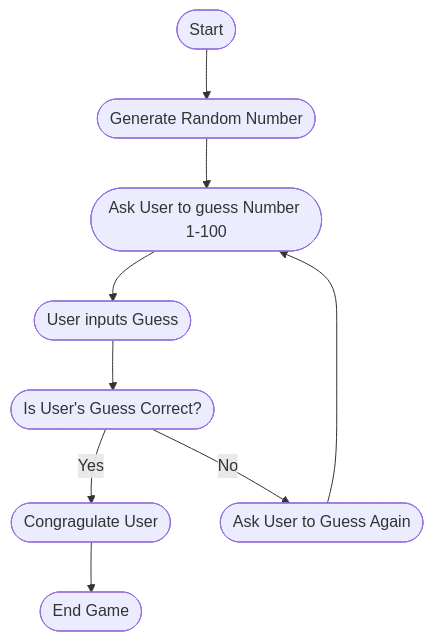
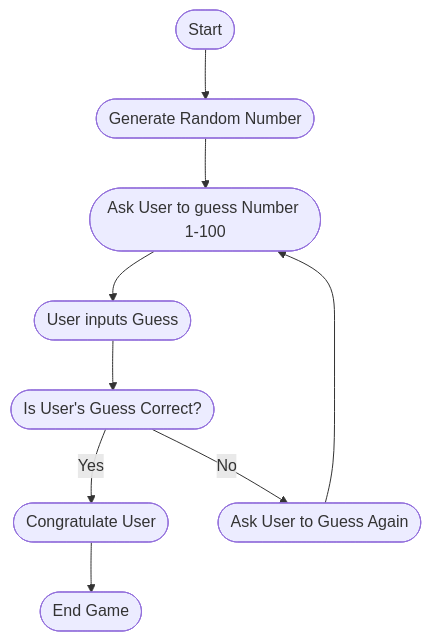
One commit to Phz6/Phz6.github.io changed the diagram in Guessing.md. Above: the diagram before and after it, drawn with Mermaid.

````diff
--- a/Guessing.md
+++ b/Guessing.md
@@ -1,11 +1,11 @@
 ```mermaid
 flowchart TD
 Start([Start]) --> B([Generate Random Number])
 B --> C([Ask User to guess Number 1-100])
 C --> D([User inputs Guess])
 D --> E([Is User's Guess Correct?])
-E -- Yes --> F([Congragulate User])
+E -- Yes --> F([Congratulate User])
 E -- No --> G([Ask User to Guess Again])
 G --> C
 F --> H([End Game])
 ```
````
